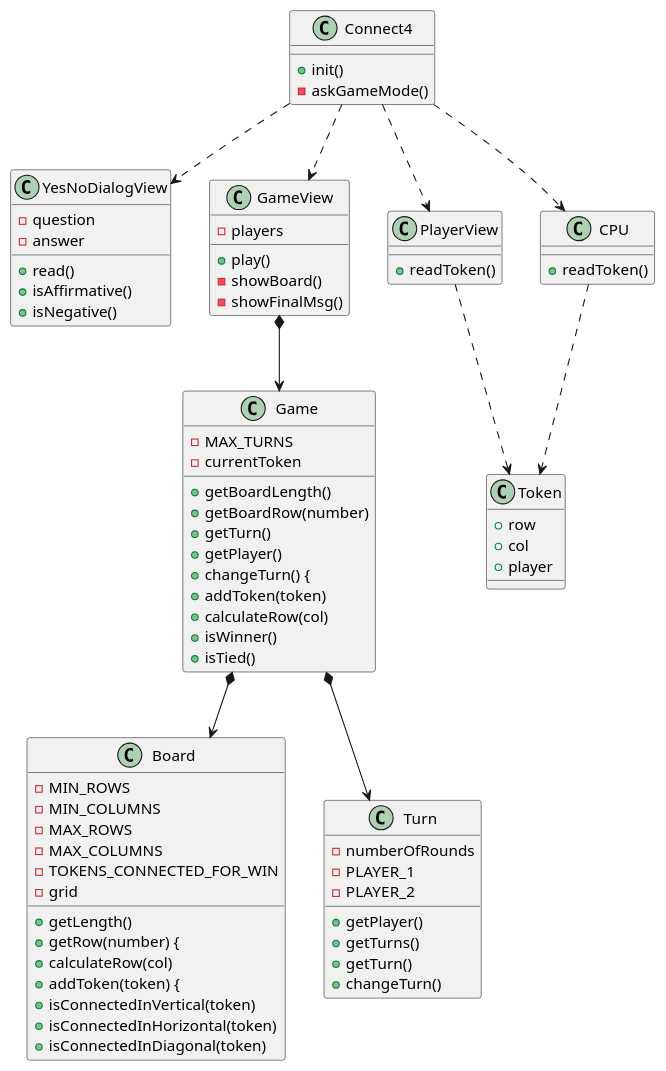
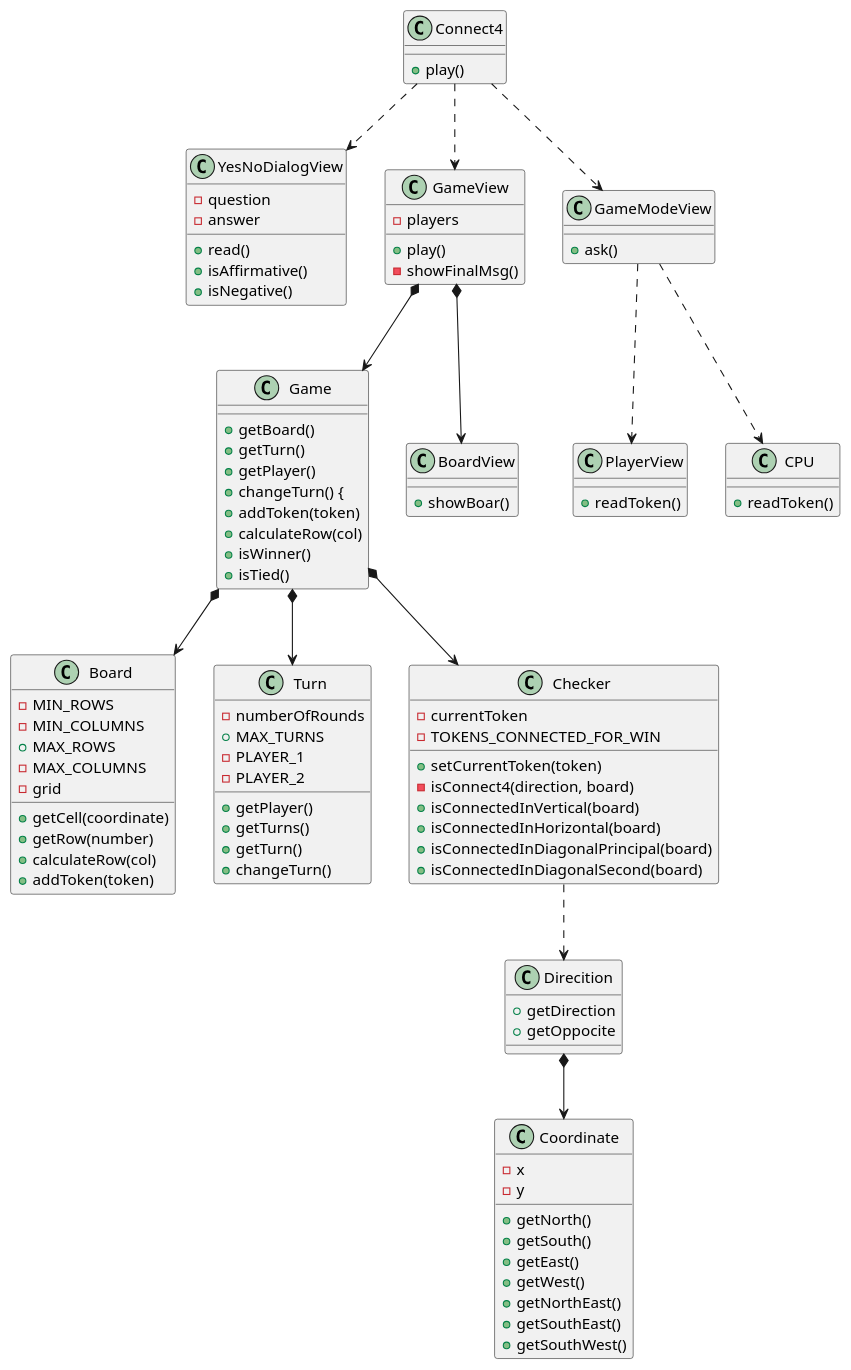
One commit to Edmundo-Ogaz/connect4 changed the diagram in con-vistas-separadas/diagramClass.plantuml. Above: the diagram before and after it, drawn with PlantUML. The commit also changed 16 other files, not shown here.

Commit message:
connect4 with direction and coordinate

```diff
--- a/con-vistas-separadas/diagramClass.plantuml
+++ b/con-vistas-separadas/diagramClass.plantuml
@@ -1,67 +1,83 @@
 @startuml
 Connect4 ..> YesNoDialogView
 Connect4 ..> GameView
-Connect4 : + init()
-Connect4 : - askGameMode()
-Connect4 ..> PlayerView
-Connect4 ..> CPU
+Connect4 ..> GameModeView
+Connect4 : + play()
+
+GameModeView ..> PlayerView
+GameModeView ..> CPU
+GameModeView : + ask()
 
 YesNoDialogView : - question
 YesNoDialogView : - answer
 YesNoDialogView : + read()
 YesNoDialogView : + isAffirmative()
 YesNoDialogView : + isNegative()
 
 CPU : + readToken()
-CPU ..>Token
-
 PlayerView : + readToken()
-PlayerView ..>Token
 
 GameView : - players
 GameView *--> Game
 GameView : + play()
-GameView : - showBoard()
 GameView : - showFinalMsg()
+GameView *--> BoardView
 
-Game : - MAX_TURNS
-Game : - currentToken
+BoardView : + showBoar()
+
 Game *--> Board
 Game *--> Turn
-Game : + getBoardLength()
-Game : + getBoardRow(number)
+Game *--> Checker
+Game : + getBoard()
 Game : + getTurn()
 Game : + getPlayer()
 Game : + changeTurn() {
 Game : + addToken(token)
 Game : + calculateRow(col)
 Game : + isWinner()
 Game : + isTied()
 
 Board : - MIN_ROWS
 Board : - MIN_COLUMNS
-Board : - MAX_ROWS
+Board : + MAX_ROWS
 Board : - MAX_COLUMNS
-Board : - TOKENS_CONNECTED_FOR_WIN
-Board : - grid
-Board : + getLength() 
-Board : + getRow(number) {
+Board : - grid    
+Board : + getCell(coordinate)
+Board : + getRow(number)
 Board : + calculateRow(col)
-Board : + addToken(token) {
-Board : + isConnectedInVertical(token)
-Board : + isConnectedInHorizontal(token)
-Board : + isConnectedInDiagonal(token)
+Board : + addToken(token)
 
 Turn : - numberOfRounds
+Turn : + MAX_TURNS
 Turn : - PLAYER_1
 Turn : - PLAYER_2
 Turn : + getPlayer()
 Turn : + getTurns()
 Turn : + getTurn()
 Turn : + changeTurn()
 
-Token : + row
-Token : + col
-Token : + player
+Checker : - currentToken
+Checker : - TOKENS_CONNECTED_FOR_WIN
+Checker : + setCurrentToken(token)
+Checker : - isConnect4(direction, board)
+Checker : + isConnectedInVertical(board)
+Checker : + isConnectedInHorizontal(board)
+Checker : + isConnectedInDiagonalPrincipal(board)
+Checker : + isConnectedInDiagonalSecond(board)
+Checker ..> Direcition
+
+Direcition *--> Coordinate
+Direcition : + getDirection
+Direcition : + getOppocite
+
+Coordinate : - x
+Coordinate : - y
+Coordinate : + getNorth() 
+Coordinate : + getSouth() 
+Coordinate : + getEast() 
+Coordinate : + getWest() 
+Coordinate : + getNorthEast() 
+Coordinate : + getSouthEast() 
+Coordinate : + getSouthWest() 
 
 @enduml
```
